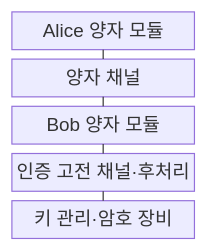
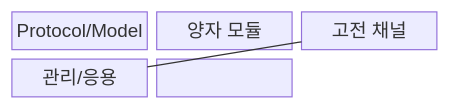
One commit to agnusdei1207/knowledge-base changed the first of 2 diagrams in src/content/docs/notes/08-latest-tech/217_qkd_quantum_key_distribution.md. Above: the diagram before and after it, drawn with Mermaid. The commit also changed other lines of this file and 228 other files, not shown here.

````diff
--- a/src/content/docs/notes/08-latest-tech/217_qkd_quantum_key_distribution.md
+++ b/src/content/docs/notes/08-latest-tech/217_qkd_quantum_key_distribution.md
@@ -48,13 +47,10 @@
 ```mermaid
 block-beta
-  columns 1
-  alice["Alice 양자 모듈"]
-  channel["양자 채널"]
-  bob["Bob 양자 모듈"]
-  classical["인증 고전 채널·후처리"]
-  key["키 관리·암호 장비"]
-  alice --- channel
-  channel --- bob
-  bob --- classical
-  classical --- key
+  columns 3
+  N0["Protocol/Model"]
+  N1["양자 모듈"]
+  N2["고전 채널"]
+  N3["관리/응용"]
+  N0 --- N1 --- N2
+  N2 --- N3
 ```
````
